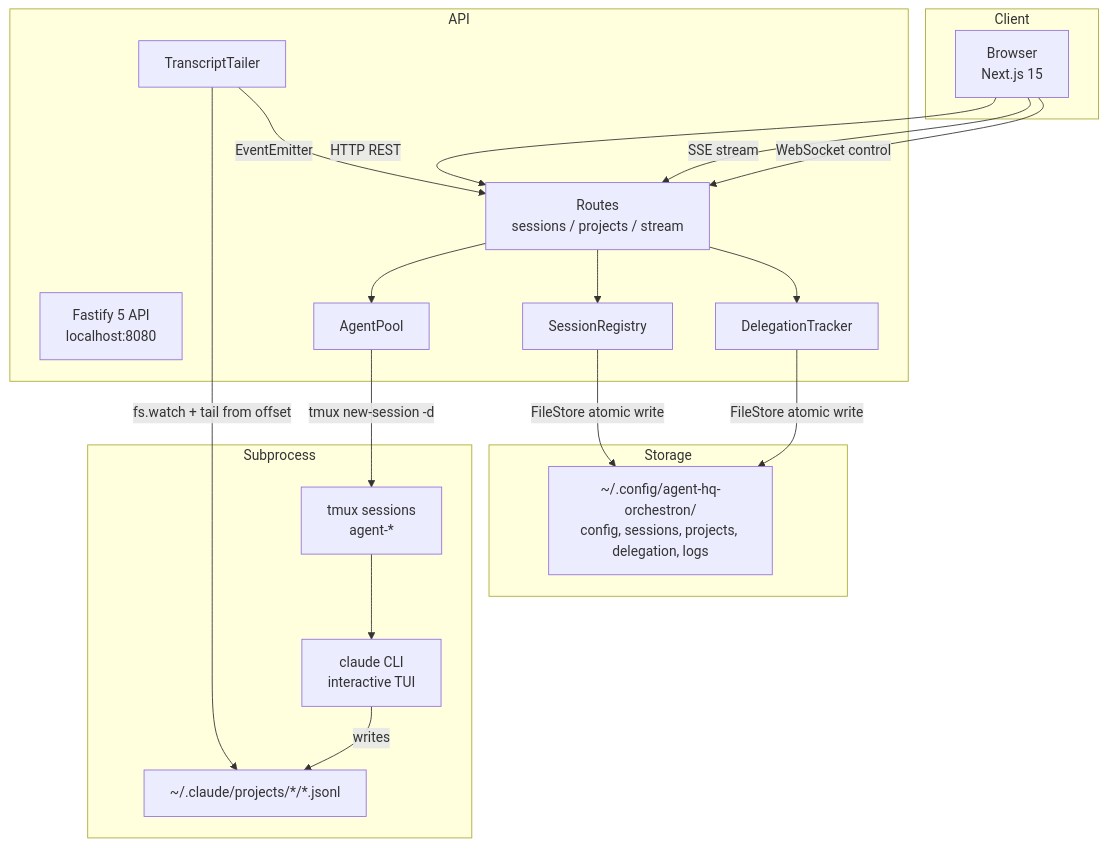
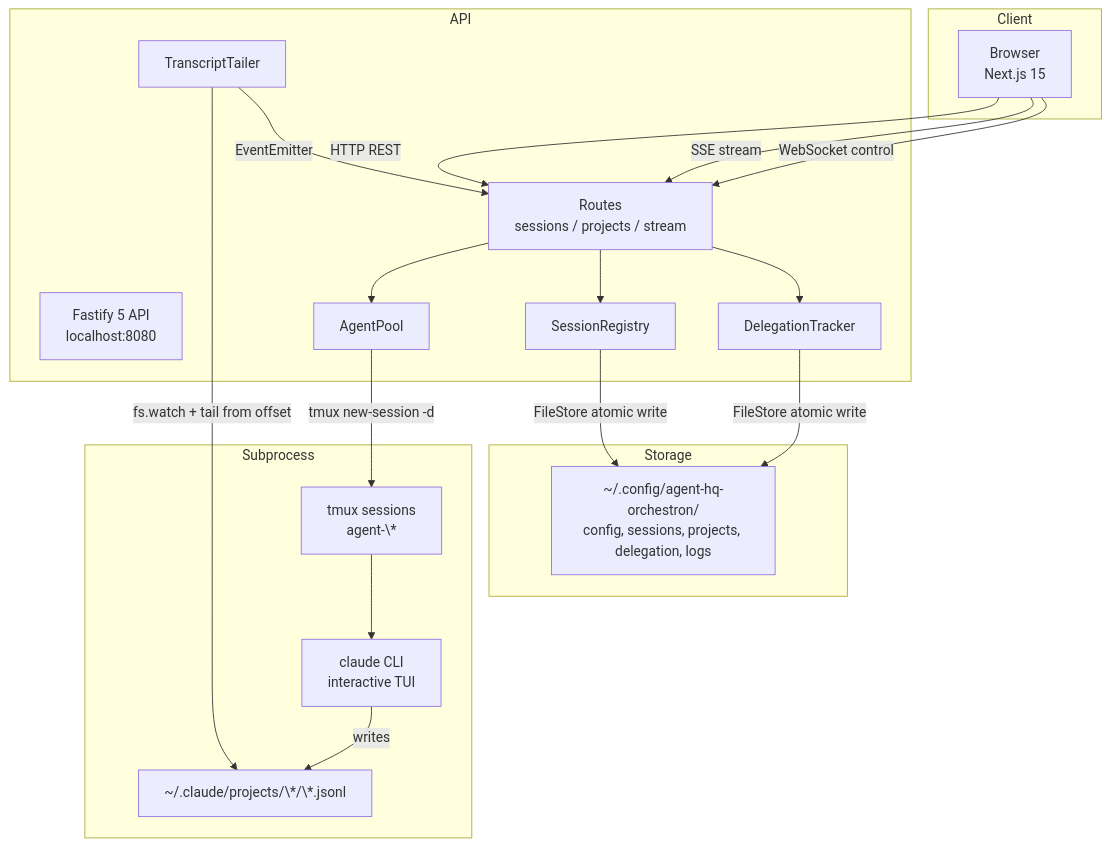
One commit to adinovri/agent-hq-orchestron changed the third of 8 diagrams in docs/feature/agent-hq-orchestron/HLD-agent-hq-orchestron.md. Above: the diagram before and after it, drawn with Mermaid. The commit also changed other lines of this file and 1 other file, not shown here.

Commit message:
docs: sync HLD from artifact — full 23 FR + 9 Mermaid + 5 new sections (Security, Scalability, Observability, Dependencies, Multi-Instance Topology)

````diff
--- a/docs/feature/agent-hq-orchestron/HLD-agent-hq-orchestron.md
+++ b/docs/feature/agent-hq-orchestron/HLD-agent-hq-orchestron.md
@@ -320,39 +769,35 @@
 ```mermaid
 flowchart TB
-    subgraph Client
-        Browser[Browser<br/>Next.js 15]
-    end
-
-    subgraph API
-        Fastify[Fastify 5 API<br/>localhost:8080]
-        Routes[Routes<br/>sessions / projects / stream]
-        Pool[AgentPool]
-        Registry[SessionRegistry]
-        Tailer[TranscriptTailer]
-        Deleg[DelegationTracker]
-    end
-
-    subgraph Storage
-        Config[~/.config/agent-hq-orchestron/<br/>config, sessions, projects, delegation, logs]
-    end
-
-    subgraph Subprocess
-        Tmux[tmux sessions<br/>agent-*]
-        Claude[claude CLI<br/>interactive TUI]
-        JsonL[~/.claude/projects/*/*.jsonl]
-    end
-
-    Browser -->|HTTP REST| Routes
-    Browser -->|SSE stream| Routes
-    Browser -->|WebSocket control| Routes
-    Routes --> Pool
-    Routes --> Registry
-    Routes --> Deleg
-    Pool -->|tmux new-session -d| Tmux
-    Tmux --> Claude
-    Claude -->|writes| JsonL
-    Tailer -->|fs.watch + tail from offset| JsonL
-    Tailer -->|EventEmitter| Routes
-    Registry -->|FileStore atomic write| Config
-    Deleg -->|FileStore atomic write| Config
+subgraph Client
+Browser[Browser<br/>Next.js 15]
+end
+subgraph API
+Fastify[Fastify 5 API<br/>localhost:8080]
+Routes[Routes<br/>sessions / projects / stream]
+Pool[AgentPool]
+Registry[SessionRegistry]
+Tailer[TranscriptTailer]
+Deleg[DelegationTracker]
+end
+subgraph Storage
+Config[~/.config/agent-hq-orchestron/<br/>config, sessions, projects, delegation, logs]
+end
+subgraph Subprocess
+Tmux[tmux sessions<br/>agent-\*]
+Claude[claude CLI<br/>interactive TUI]
+JsonL[~/.claude/projects/\*/\*.jsonl]
+end
+Browser -->|HTTP REST| Routes
+Browser -->|SSE stream| Routes
+Browser -->|WebSocket control| Routes
+Routes --> Pool
+Routes --> Registry
+Routes --> Deleg
+Pool -->|tmux new-session -d| Tmux
+Tmux --> Claude
+Claude -->|writes| JsonL
+Tailer -->|fs.watch + tail from offset| JsonL
+Tailer -->|EventEmitter| Routes
+Registry -->|FileStore atomic write| Config
+Deleg -->|FileStore atomic write| Config
 ```
````
